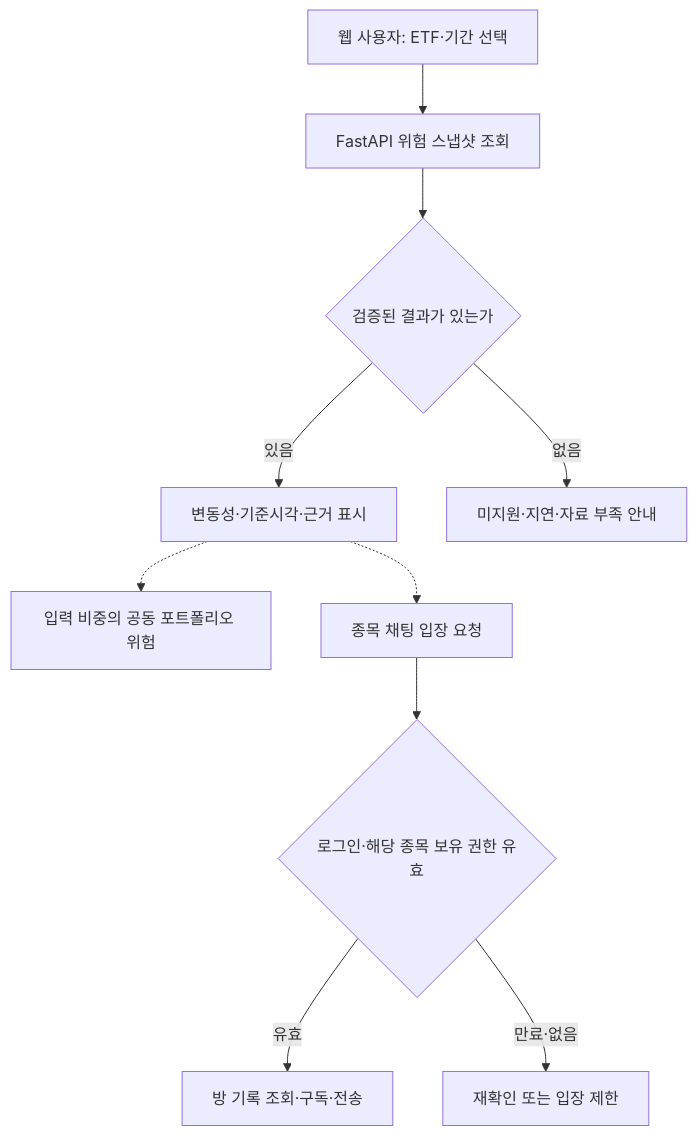
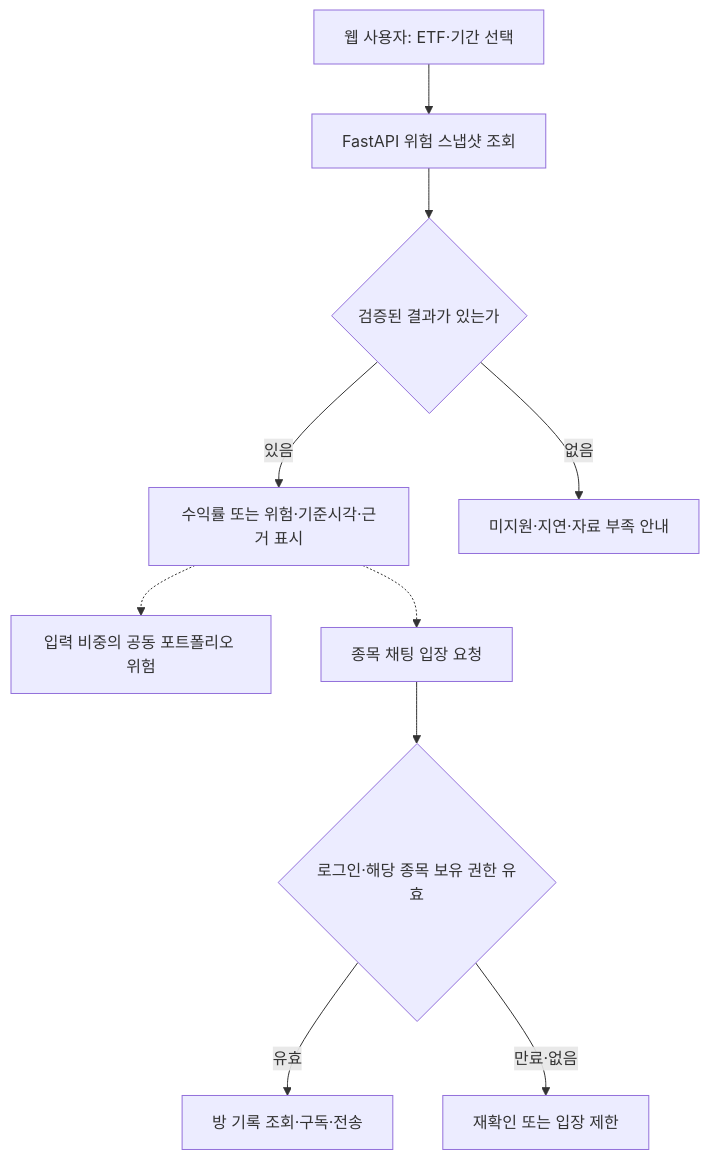
One commit to AnDev77/ShockGarph_AI changed the third of 3 diagrams in docs/project-flow.md. Above: the diagram before and after it, drawn with Mermaid. The commit also changed other lines of this file and 10 other files, not shown here.

````diff
--- a/docs/project-flow.md
+++ b/docs/project-flow.md
@@ -45,12 +68,12 @@
 ```mermaid
 flowchart TB
     U["웹 사용자: ETF·기간 선택"] --> A["FastAPI 위험 스냅샷 조회"]
     A --> Q{"검증된 결과가 있는가"}
-    Q -->|있음| C["변동성·기준시각·근거 표시"]
+    Q -->|있음| C["수익률 또는 위험·기준시각·근거 표시"]
     Q -->|없음| X["미지원·지연·자료 부족 안내"]
     C -.-> P["입력 비중의 공동 포트폴리오 위험"]
     C -.-> G["종목 채팅 입장 요청"]
     G --> V{"로그인·해당 종목 보유 권한 유효"}
     V -->|유효| R["방 기록 조회·구독·전송"]
     V -->|만료·없음| F["재확인 또는 입장 제한"]
 ```
````
